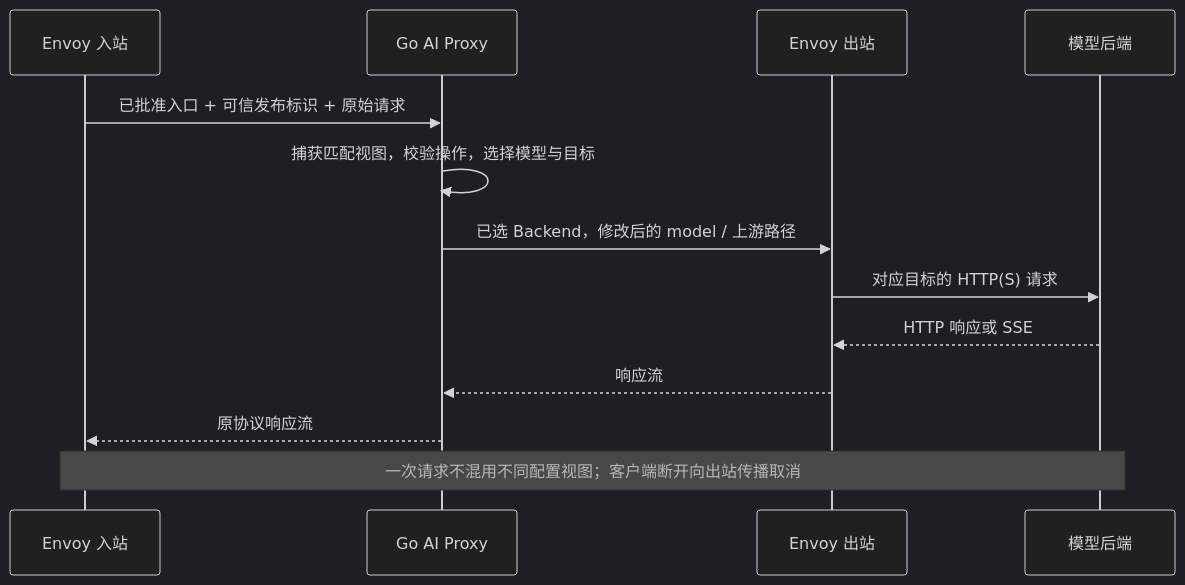
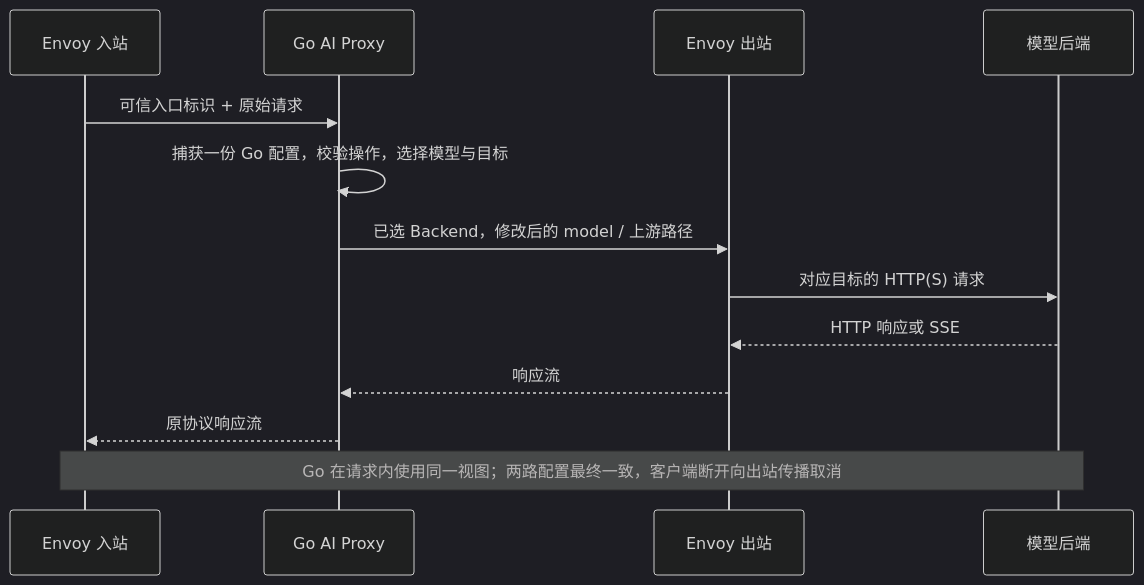
Before and after one commit to lgc202/ingate: the second of 2 diagrams in docs/design/ai-model-operations-and-deployment.md, drawn with Mermaid (dark theme). The commit also changed other lines of this file and 4 other files, not shown here.

````diff
--- a/docs/design/ai-model-operations-and-deployment.md
+++ b/docs/design/ai-model-operations-and-deployment.md
@@ -86,15 +86,15 @@
 ```mermaid
 sequenceDiagram
     participant E as Envoy 入站
     participant P as Go AI Proxy
     participant O as Envoy 出站
     participant B as 模型后端
-    E->>P: 已批准入口 + 可信发布标识 + 原始请求
-    P->>P: 捕获匹配视图，校验操作，选择模型与目标
+    E->>P: 可信入口标识 + 原始请求
+    P->>P: 捕获一份 Go 配置，校验操作，选择模型与目标
     P->>O: 已选 Backend，修改后的 model / 上游路径
     O->>B: 对应目标的 HTTP(S) 请求
     B-->>O: HTTP 响应或 SSE
     O-->>P: 响应流
     P-->>E: 原协议响应流
-    Note over E,B: 一次请求不混用不同配置视图；客户端断开向出站传播取消
+    Note over E,B: Go 在请求内使用同一视图；两路配置最终一致，客户端断开向出站传播取消
 ```
````
